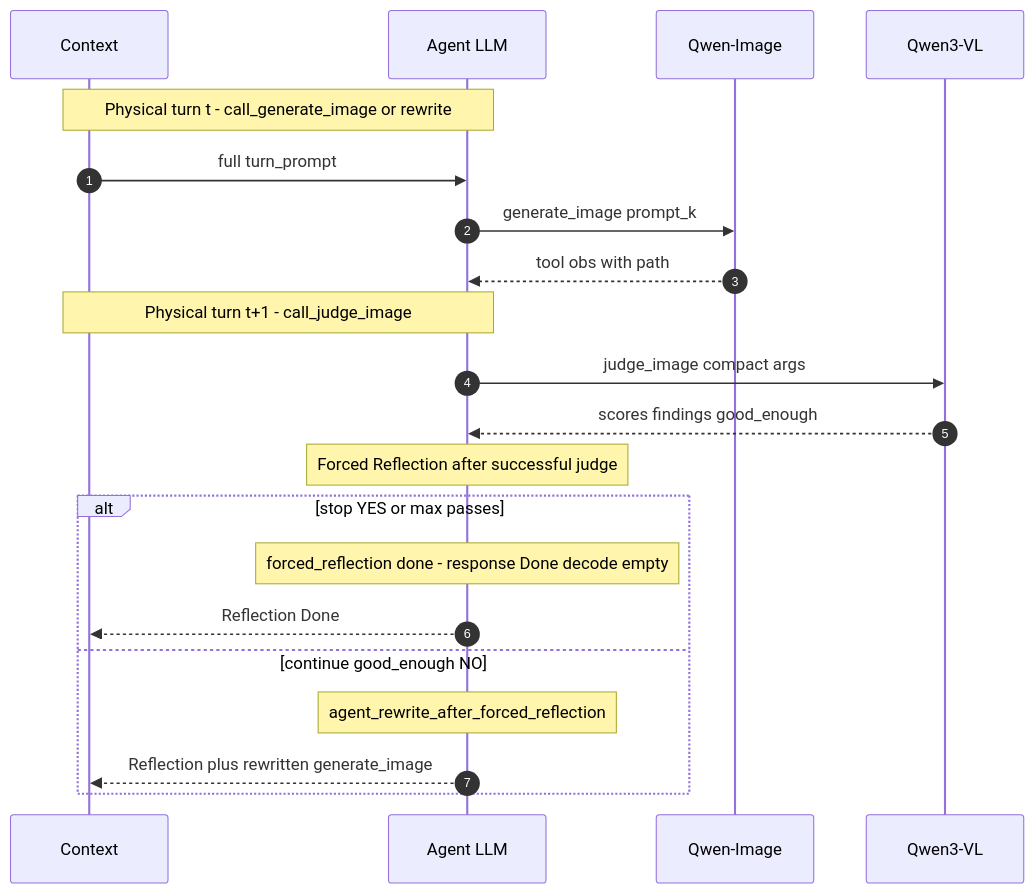
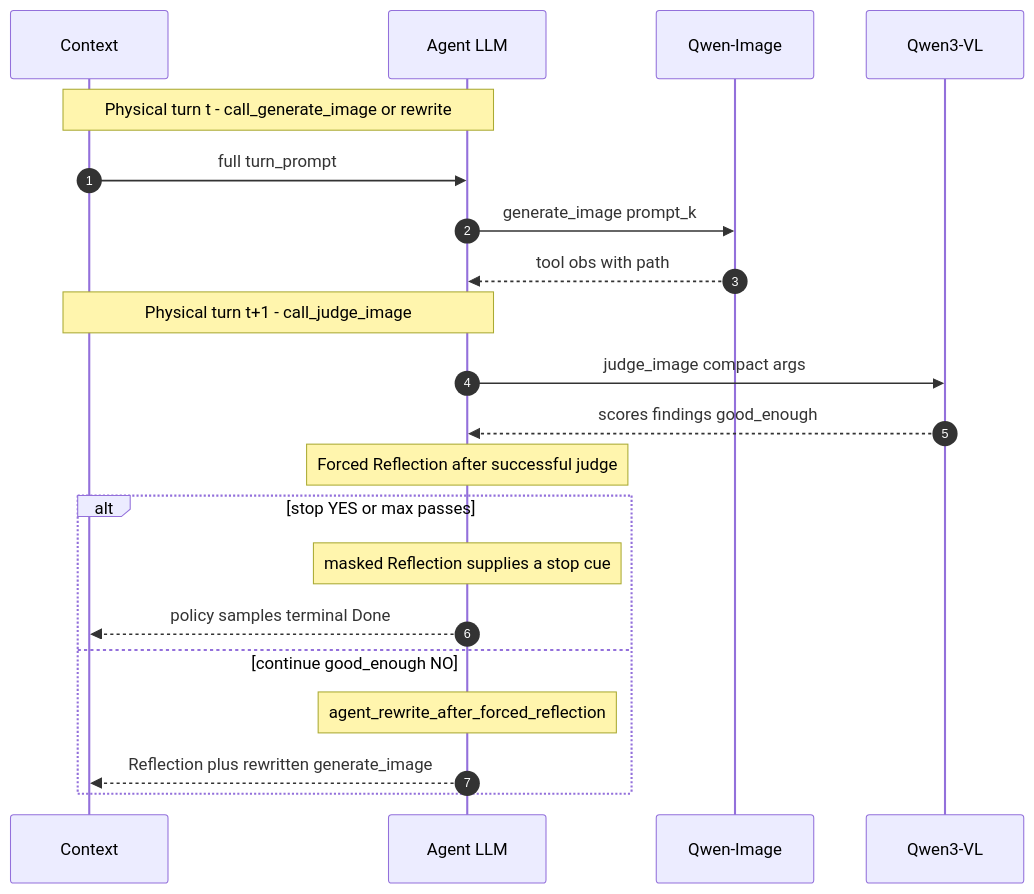
Before and after one commit to HaFred/verl-omni: the diagram in examples/agenticrpco_trainer/README.md, drawn with Mermaid. The commit also changed other lines of this file and 12 other files, not shown here.

Commit message:
Give Done credit only to policy-sampled terminals after forced Reflection stop cues, with 0.86 YES bar and per-rollout image seeds

````diff
--- a/examples/agenticrpco_trainer/README.md
+++ b/examples/agenticrpco_trainer/README.md
@@ -114,26 +118,26 @@
 ```mermaid
 sequenceDiagram
   autonumber
   participant In as Context
   participant A as Agent LLM
   participant G as Qwen-Image
   participant V as Qwen3-VL
 
   Note over In,A: Physical turn t - call_generate_image or rewrite
   In->>A: full turn_prompt
   A->>G: generate_image prompt_k
   G-->>A: tool obs with path
 
   Note over In,A: Physical turn t+1 - call_judge_image
   A->>V: judge_image compact args
   V-->>A: scores findings good_enough
 
   Note over A: Forced Reflection after successful judge
   alt stop YES or max passes
-    Note over A: forced_reflection done - response Done decode empty
-    A-->>In: Reflection Done
+    Note over A: masked Reflection supplies a stop cue
+    A-->>In: policy samples terminal Done
   else continue good_enough NO
     Note over A: agent_rewrite_after_forced_reflection
     A-->>In: Reflection plus rewritten generate_image
   end
 ```
````
